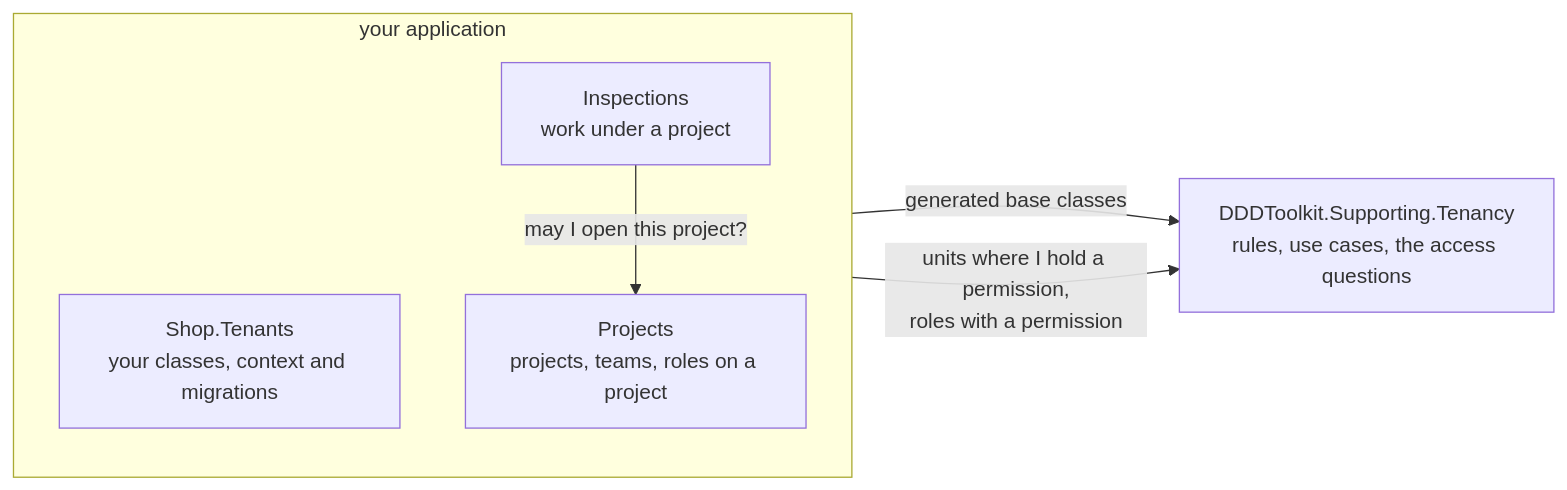
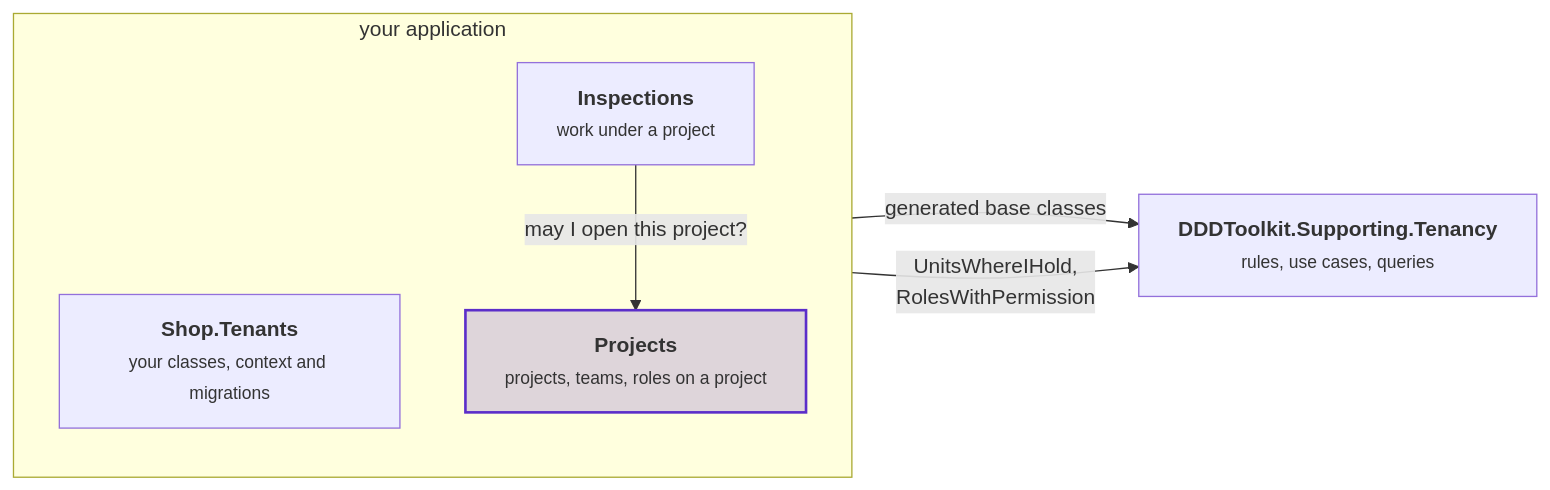
Before and after one commit to DylanSnel/DDDToolkit: the first of 2 diagrams in docs/tenancy/who-may-do-what.md, drawn with Mermaid. The commit also changed other lines of this file and 24 other files, not shown here.

First line of the commit message:
Docs: plain prose and readable diagrams for Tenancy and Membership

````diff
--- a/docs/tenancy/who-may-do-what.md
+++ b/docs/tenancy/who-may-do-what.md
@@ -41,13 +53,15 @@
 ```mermaid
 flowchart LR
     subgraph application ["your application"]
         direction TB
-        Tenancy["Shop.Tenants<br/>your classes, context and migrations"]
-        Projects["Projects<br/>projects, teams, roles on a project"]
-        Inspections["Inspections<br/>work under a project"]
+        tenants["<b>Shop.Tenants</b><br/><small>your classes, context and migrations</small>"]
+        projects["<b>Projects</b><br/><small>projects, teams, roles on a project</small>"]
+        inspections["<b>Inspections</b><br/><small>work under a project</small>"]
     end
-    Package["DDDToolkit.Supporting.Tenancy<br/>rules, use cases, the access questions"]
-    Tenancy -- "generated base classes" --> Package
-    Projects -- "units where I hold a permission,<br/>roles with a permission" --> Package
-    Inspections -- "may I open this project?" --> Projects
+    package["<b>DDDToolkit.Supporting.Tenancy</b><br/><small>rules, use cases, queries</small>"]
+    tenants -- "generated base classes" --> package
+    projects -- "UnitsWhereIHold,<br/>RolesWithPermission" --> package
+    inspections -- "may I open this project?" --> projects
+    classDef strong fill:#5b2ec933,stroke:#5b2ec9,stroke-width:2px
+    class projects strong
 ```
````
